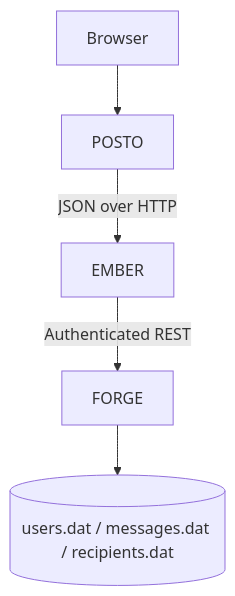
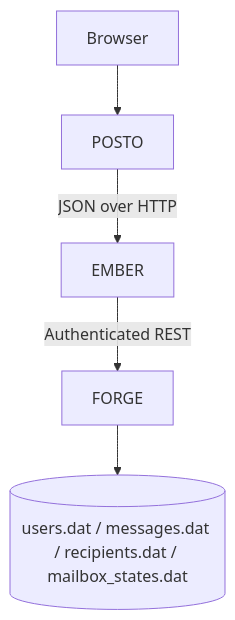
Before and after one commit to SumedhAnupSupe/forge-ember: the diagram in docs/architecture.md, drawn with Mermaid. The commit also changed other lines of this file, not shown here.

Commit message:
docs(architecture): reflect mailbox state and WAL implementation

````diff
--- a/docs/architecture.md
+++ b/docs/architecture.md
@@ -5,7 +5,7 @@
 ```mermaid
 flowchart TD
   Browser --> POSTO
   POSTO -->|JSON over HTTP| EMBER
   EMBER -->|Authenticated REST| FORGE
-  FORGE --> Storage[(users.dat / messages.dat / recipients.dat)]
+  FORGE --> Storage[(users.dat / messages.dat / recipients.dat / mailbox_states.dat)]
 ```
````
